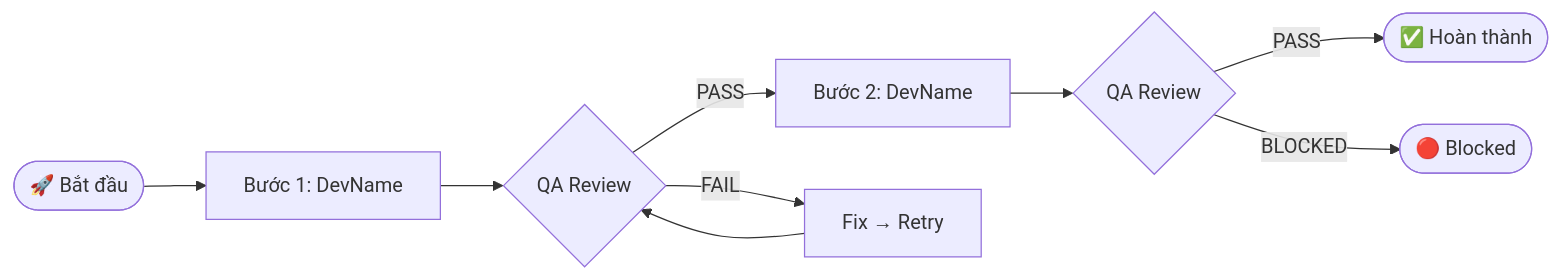
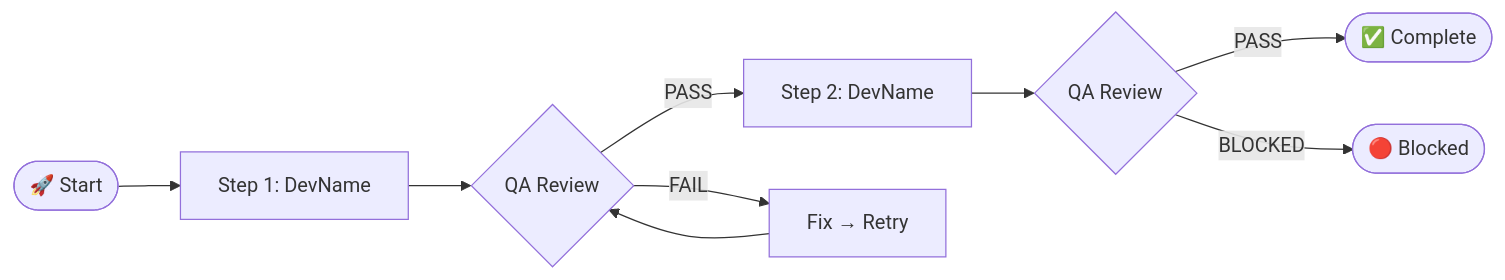
The diagram in brain/corp/prompts/runes/report_prompt.md (LongLeo287/OmniClaw), drawn with Mermaid before and after one commit. The commit also changed other lines of this file and 6 other files, not shown here.

````diff
--- a/brain/corp/prompts/runes/report_prompt.md
+++ b/brain/corp/prompts/runes/report_prompt.md
@@ -20,11 +20,11 @@
 ```mermaid
 flowchart LR
-    S([🚀 Bắt đầu]) --> D1[Bước 1: DevName]
+    S([🚀 Start]) --> D1[Step 1: DevName]
     D1 --> Q1{QA Review}
-    Q1 -->|PASS| D2[Bước 2: DevName]
+    Q1 -->|PASS| D2[Step 2: DevName]
     Q1 -->|FAIL| F1[Fix → Retry]
     F1 --> Q1
     D2 --> Q2{QA Review}
-    Q2 -->|PASS| R([✅ Hoàn thành])
+    Q2 -->|PASS| R([✅ Complete])
     Q2 -->|BLOCKED| B([🔴 Blocked])
 ```
````
